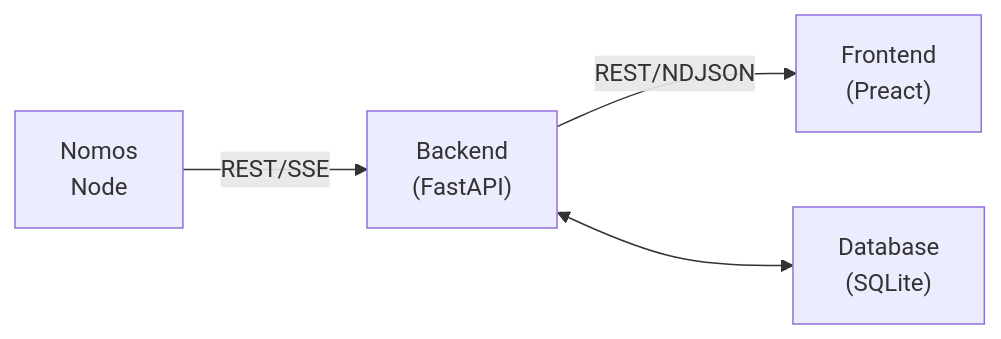
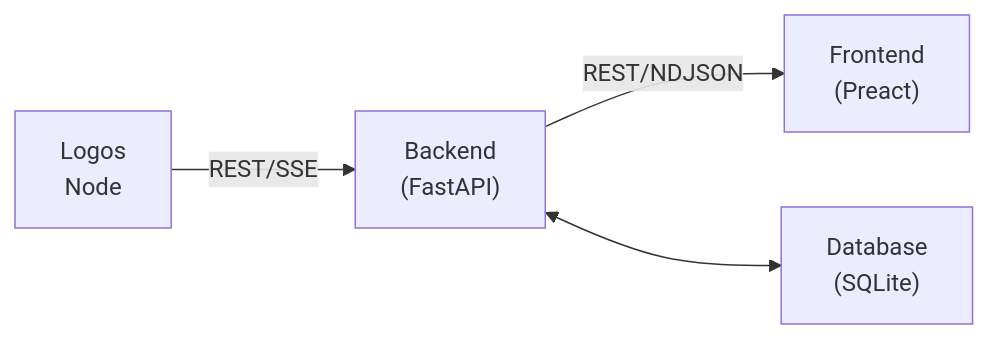
The diagram in README.md (logos-blockchain/logos-blockchain-block-explorer-template), drawn with Mermaid before and after one commit. The commit also changed other lines of this file and 24 other files, not shown here.

First line of the commit message:
Rename NBE to LBE and Nomos Block Explorer to Logos Blockchain Explorer

````diff
--- a/README.md
+++ b/README.md
@@ -27,6 +27,6 @@
 ```mermaid
 graph LR;
-A[Nomos<br/>Node] -->|REST/SSE| B["Backend<br/>(FastAPI)"]
+A[Logos<br/>Node] -->|REST/SSE| B["Backend<br/>(FastAPI)"]
 B -->|REST/NDJSON| C["Frontend<br/>(Preact)"]
 B <--> D["Database<br/>(SQLite)"]
 ```
````
